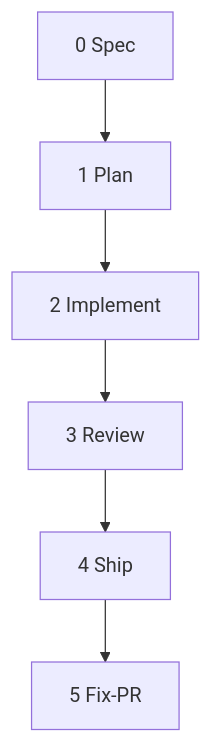
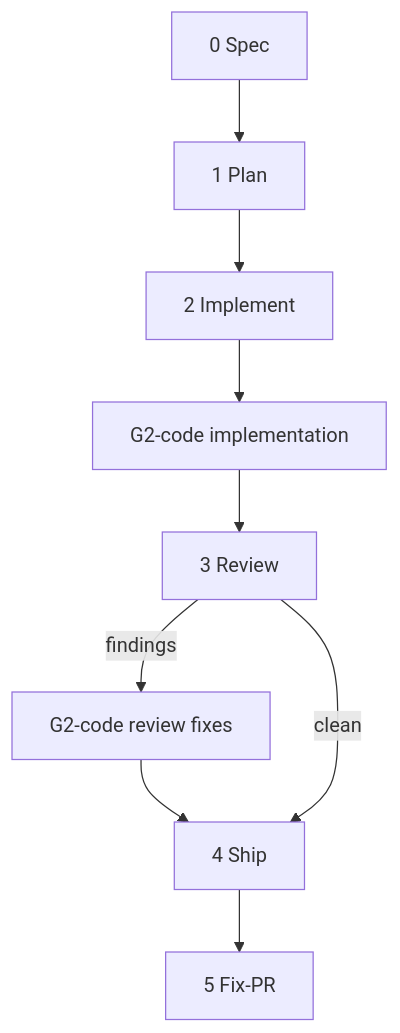
One commit to jpolvora/workflow-skills changed the second of 2 diagrams in .agents/skills/ws-spec-to-pr/docs/faq.md. Above: the diagram before and after it, drawn with Mermaid. The commit also changed other lines of this file and 20 other files, not shown here.

First line of the commit message:
feat(spec-to-pr): commit product files before code-review

````diff
--- a/.agents/skills/ws-spec-to-pr/docs/faq.md
+++ b/.agents/skills/ws-spec-to-pr/docs/faq.md
@@ -68,8 +71,11 @@
 ```mermaid
 flowchart TD
   L0[0 Spec] --> L1[1 Plan]
   L1 --> L2[2 Implement]
-  L2 --> L3[3 Review]
-  L3 --> L4[4 Ship]
+  L2 --> C1[G2-code implementation]
+  C1 --> L3[3 Review]
+  L3 -->|findings| C2[G2-code review fixes]
+  C2 --> L4[4 Ship]
+  L3 -->|clean| L4
   L4 --> L5[5 Fix-PR]
 ```
````
